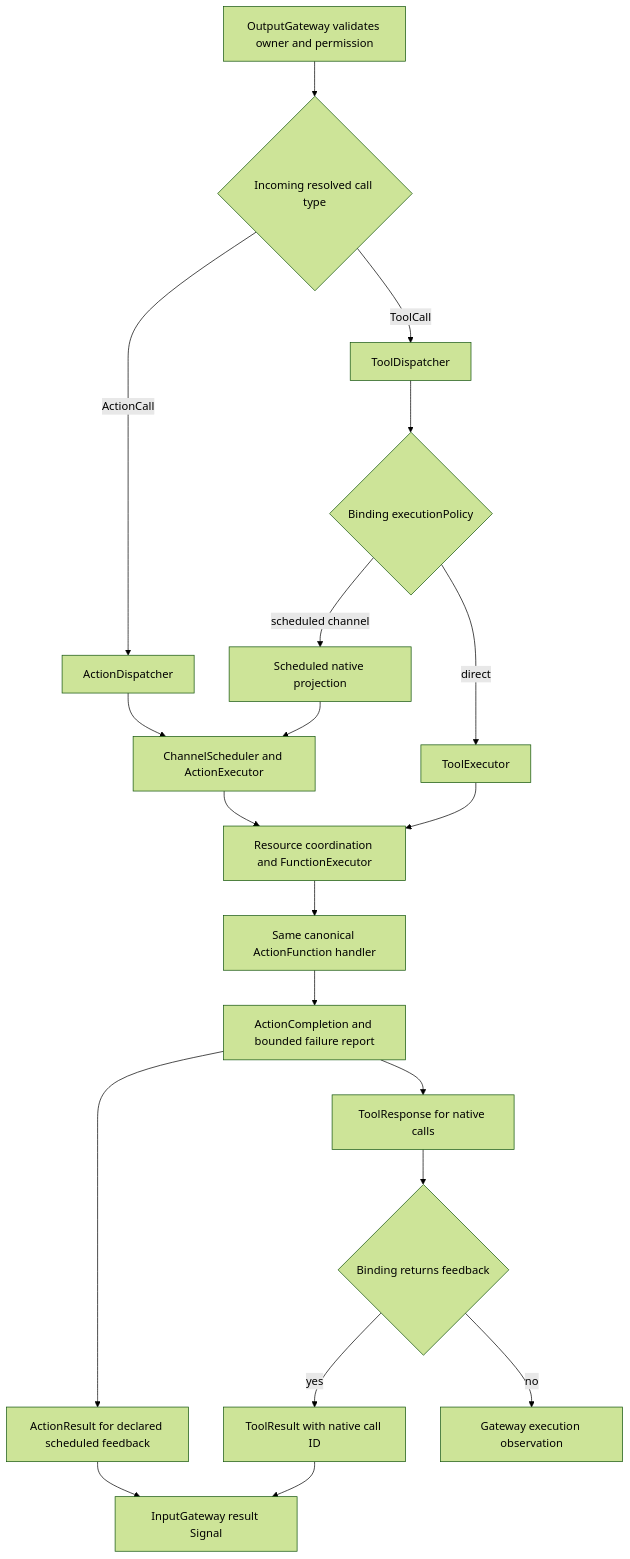
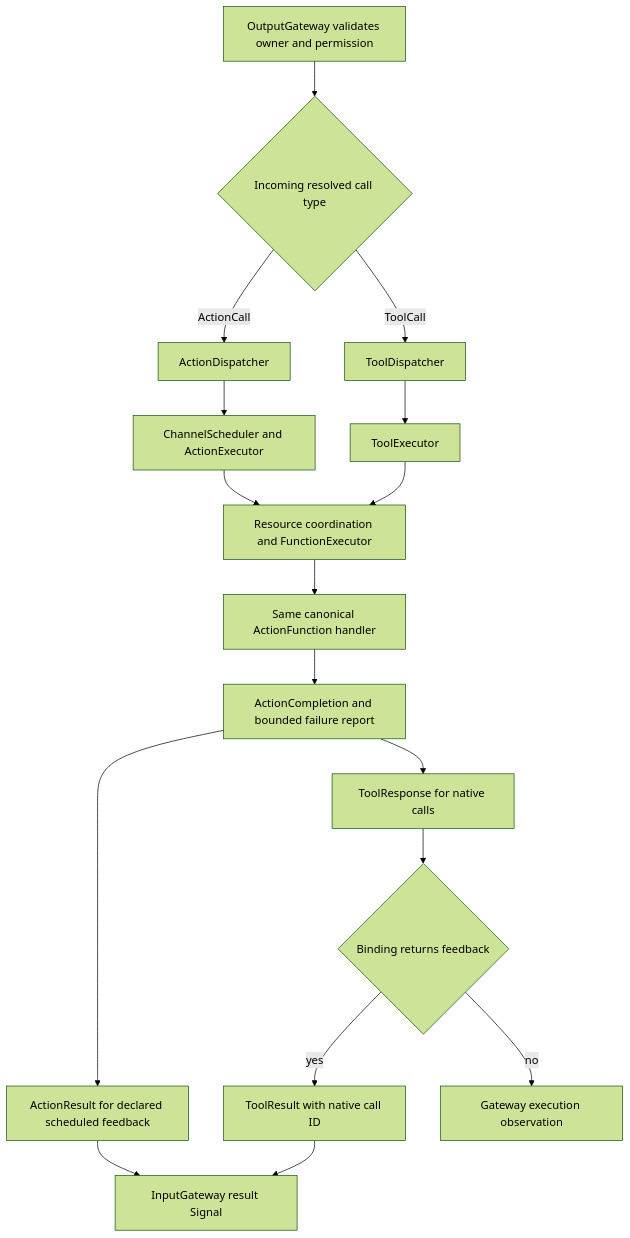
The second of 3 diagrams in MobileHarness/Gateway/Output/Protocols/README.md (devilyouwei/MobileHarness), drawn with Mermaid (forest theme) before and after one commit. The commit also changed other lines of this file and 135 other files, not shown here.

````diff
--- a/MobileHarness/Gateway/Output/Protocols/README.md
+++ b/MobileHarness/Gateway/Output/Protocols/README.md
@@ -38,22 +38,19 @@
 ```mermaid
 flowchart TD
     Output[OutputGateway validates owner and permission] --> Kind{Incoming resolved call type}
     Kind -->|ActionCall| Action[ActionDispatcher]
     Kind -->|ToolCall| Tool[ToolDispatcher]
     Action --> Scheduler[ChannelScheduler and ActionExecutor]
-    Tool --> Policy{Binding executionPolicy}
-    Policy -->|direct| Direct[ToolExecutor]
-    Policy -->|scheduled channel| Projection[Scheduled native projection]
-    Projection --> Scheduler
+    Tool --> Direct[ToolExecutor]
     Scheduler --> Shared[Resource coordination and FunctionExecutor]
     Direct --> Shared
     Shared --> Handler[Same canonical ActionFunction handler]
     Handler --> Completion[ActionCompletion and bounded failure report]
     Completion --> ScheduledResult[ActionResult for declared scheduled feedback]
     Completion --> NativeResult[ToolResponse for native calls]
     ScheduledResult --> Input[InputGateway result Signal]
     NativeResult --> Returning{Binding returns feedback}
     Returning -->|yes| ToolResult[ToolResult with native call ID]
     ToolResult --> Input
     Returning -->|no| Observation[Gateway execution observation]
 ```
````
